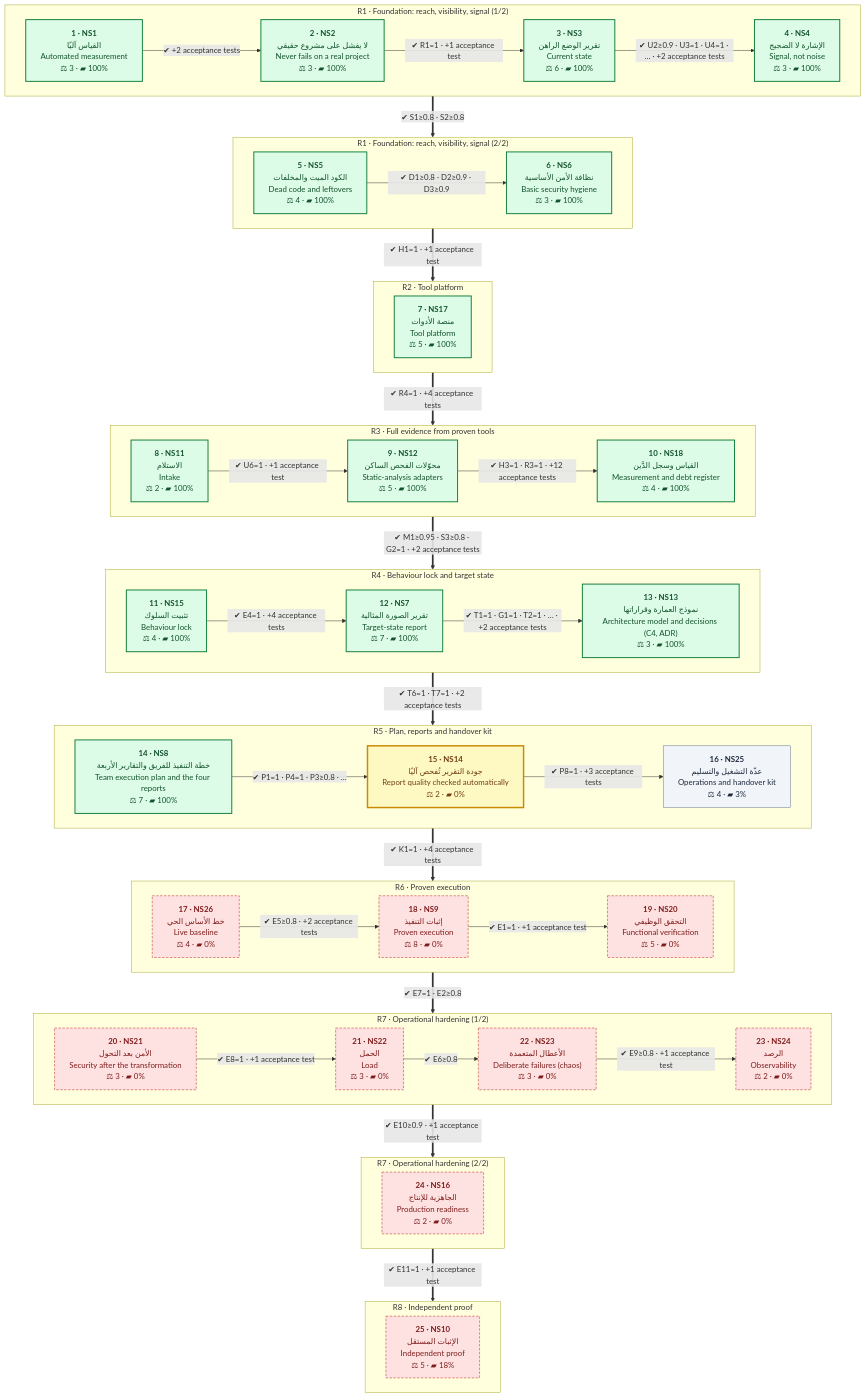
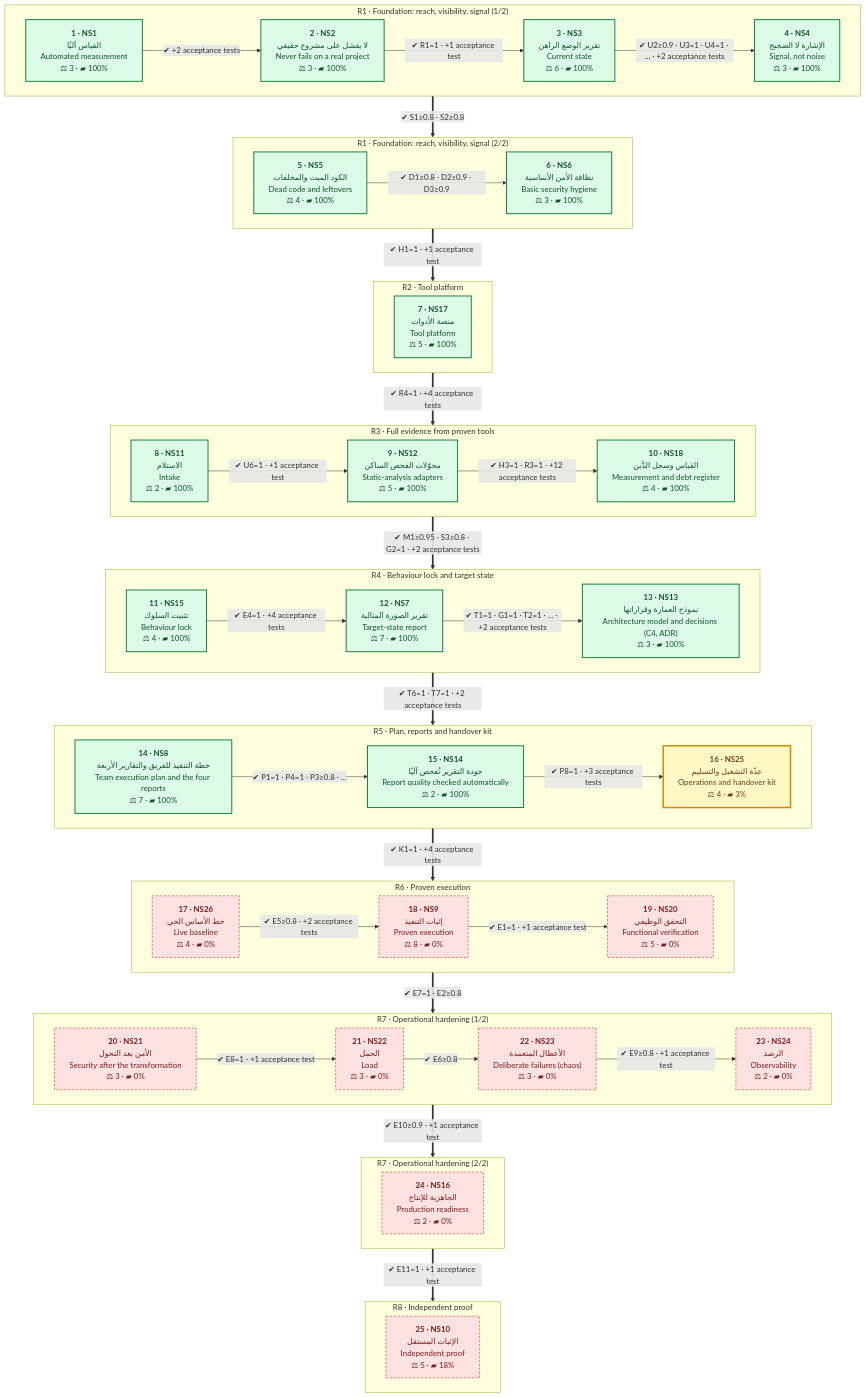
Before and after one commit to eom1417/engineering-audit-os: the second of 2 diagrams in README.en.md, drawn with Mermaid. The commit also changed other lines of this file and 24 other files, not shown here.

First line of the commit message:
Step 15/25 (NS14) complete: report quality checked by Vale and markdownlint, and a one-page executive PDF

```diff
--- a/README.en.md
+++ b/README.en.md
@@ -256,8 +256,8 @@
     subgraph R5_1["R5 · Plan, reports and handover kit"]
         direction LR
         NS8["<b>14 · NS8</b><br/>خطة التنفيذ للفريق والتقارير الأربعة<br/>Team execution plan and the four reports<br/>⚖ 7 · ▰ 100%"]:::done
-        NS14["<b>15 · NS14</b><br/>جودة التقرير تُفحص آليًا<br/>Report quality checked automatically<br/>⚖ 2 · ▰ 0%"]:::current
-        NS25["<b>16 · NS25</b><br/>عدّة التشغيل والتسليم<br/>Operations and handover kit<br/>⚖ 4 · ▰ 3%"]:::next
+        NS14["<b>15 · NS14</b><br/>جودة التقرير تُفحص آليًا<br/>Report quality checked automatically<br/>⚖ 2 · ▰ 100%"]:::done
+        NS25["<b>16 · NS25</b><br/>عدّة التشغيل والتسليم<br/>Operations and handover kit<br/>⚖ 4 · ▰ 3%"]:::current
         NS8 -->|"✔ P1=1 · P4=1 · P3≥0.8 · …"| NS14
         NS14 -->|"✔ P8=1 · +3 acceptance tests"| NS25
     end
```
